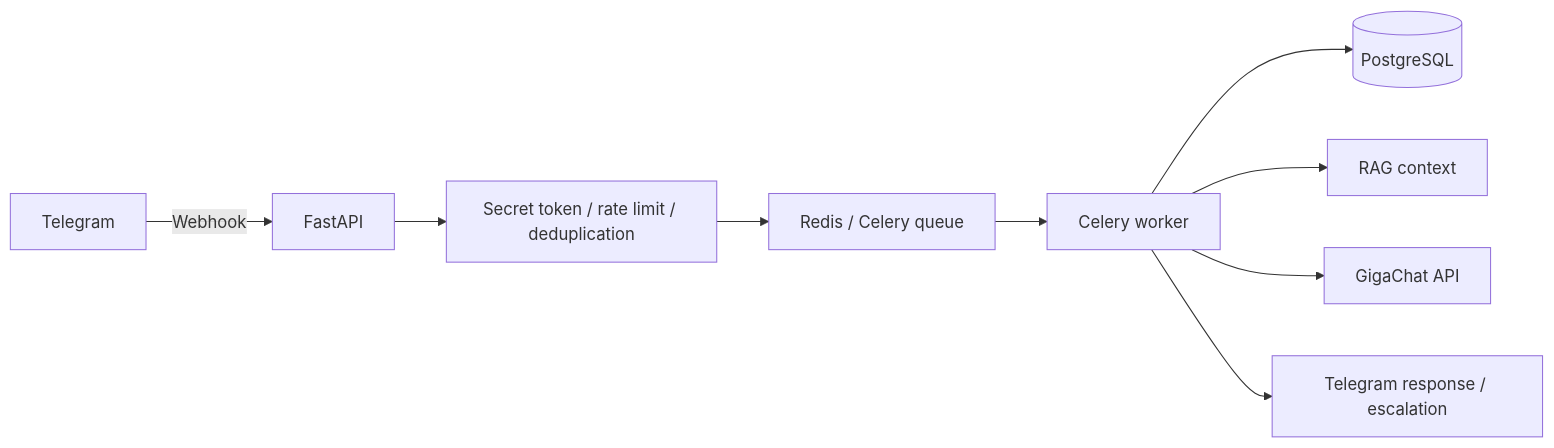
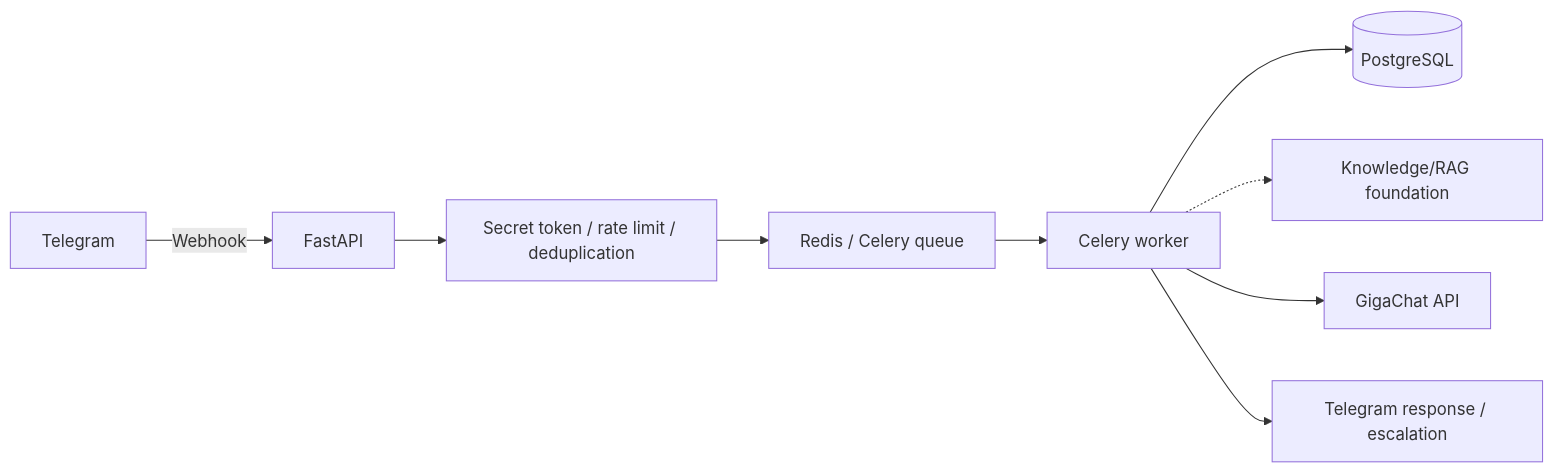
One commit to bsekinaev/tattotoyou changed the diagram in README.md. Above: the diagram before and after it, drawn with Mermaid. The commit also changed other lines of this file and 17 other files, not shown here.

````diff
--- a/README.md
+++ b/README.md
@@ -44,11 +44,11 @@
 ```mermaid
 flowchart LR
     TG[Telegram] -->|Webhook| API[FastAPI]
     API --> SEC[Secret token / rate limit / deduplication]
     SEC --> Q[Redis / Celery queue]
     Q --> W[Celery worker]
     W --> DB[(PostgreSQL)]
-    W --> RAG[RAG context]
+    W -.-> RAG[Knowledge/RAG foundation]
     W --> AI[GigaChat API]
     W --> OUT[Telegram response / escalation]
 ```
````
